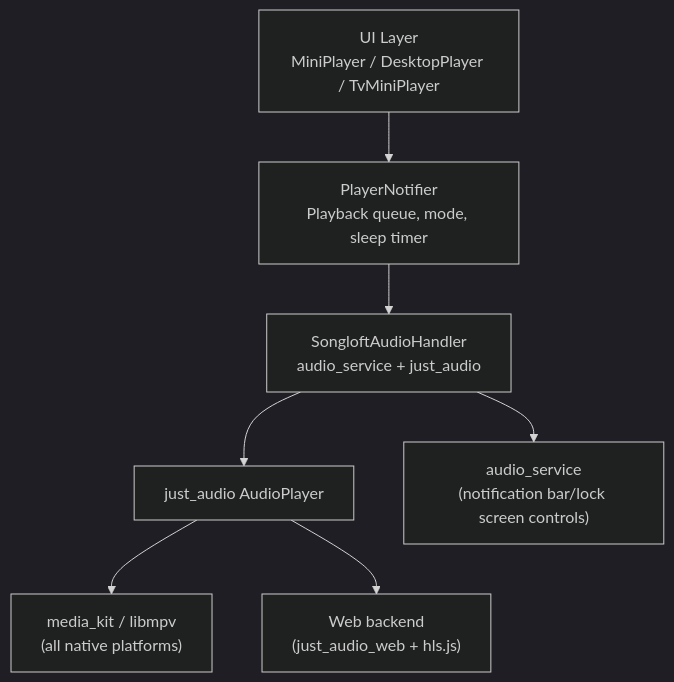
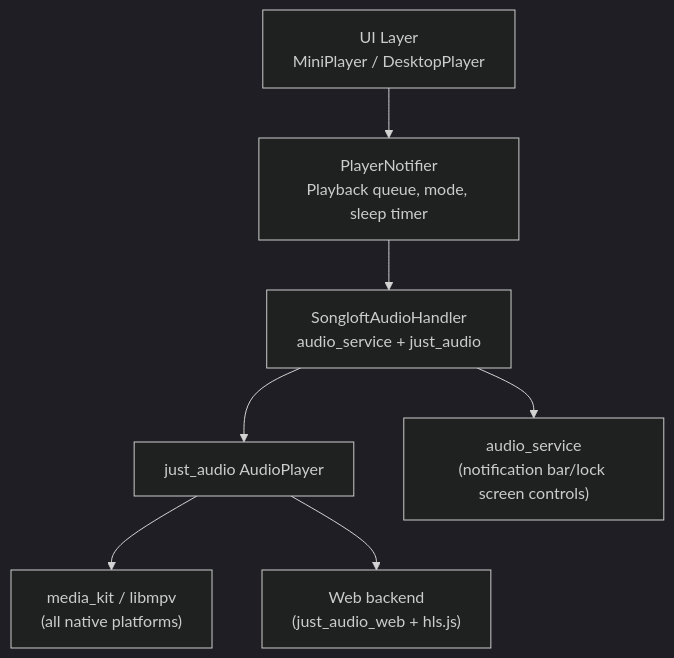
The third of 4 diagrams in docs/en/repowiki/前端系统设计.md (MambaOutZY/songloft-gemini), drawn with Mermaid (dark theme) before and after one commit. The commit also changed other lines of this file and 11 other files, not shown here.

````diff
--- a/docs/en/repowiki/前端系统设计.md
+++ b/docs/en/repowiki/前端系统设计.md
@@ -316,9 +314,9 @@
 ```mermaid
 graph TB
-    UI["UI Layer\nMiniPlayer / DesktopPlayer / TvMiniPlayer"] --> PN["PlayerNotifier\nPlayback queue, mode, sleep timer"]
+    UI["UI Layer\nMiniPlayer / DesktopPlayer"] --> PN["PlayerNotifier\nPlayback queue, mode, sleep timer"]
     PN --> AH["SongloftAudioHandler\naudio_service + just_audio"]
     AH --> JA["just_audio AudioPlayer"]
     JA --> MK["media_kit / libmpv\n(all native platforms)"]
     JA --> NATIVE["Web backend\n(just_audio_web + hls.js)"]
     AH --> AS["audio_service\n(notification bar/lock screen controls)"]
 ```
````
